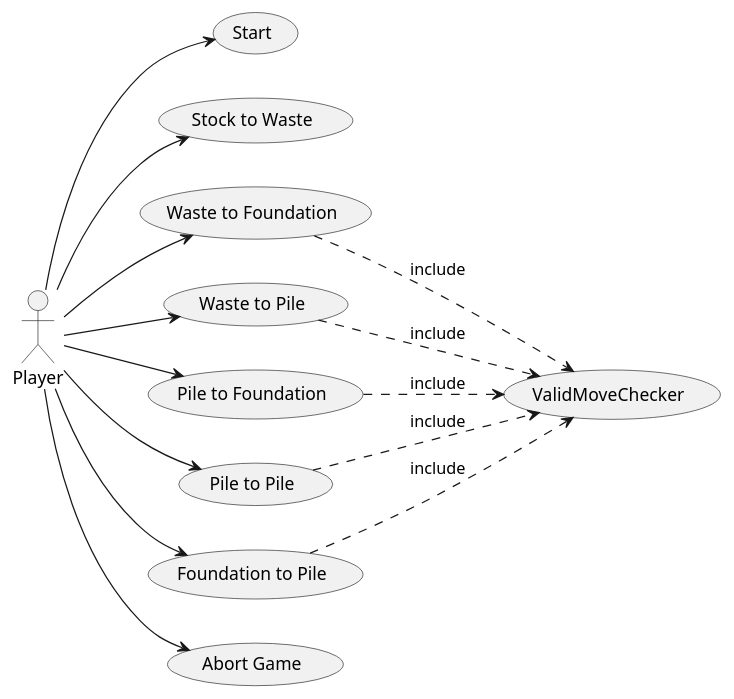
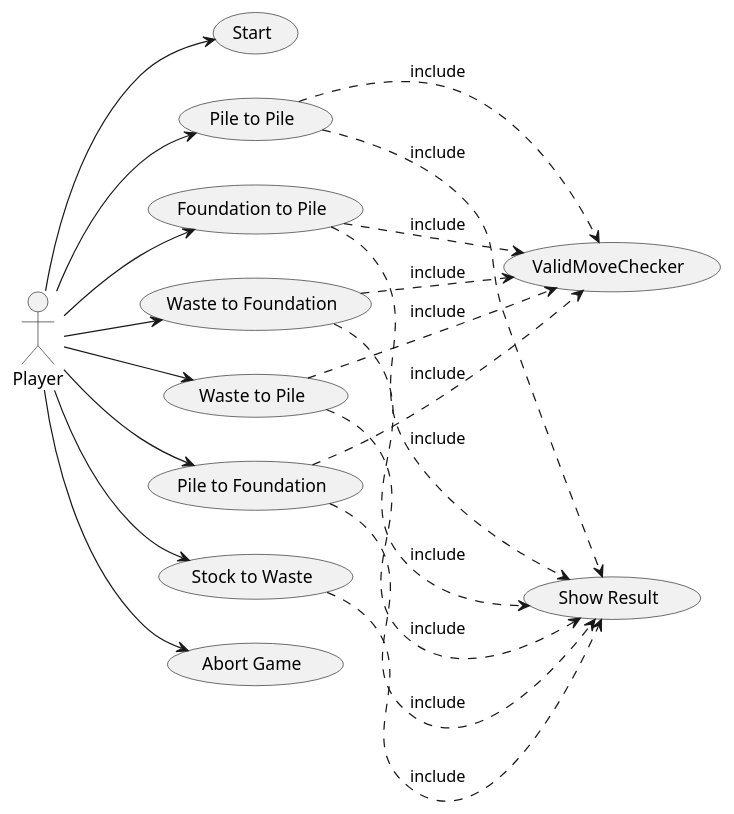
Before and after one commit to ciscoruiz/klondike: the diagram in useCaseView/usecases.puml, drawn with PlantUML.

Commit message:
Add Usecase Show Result

```diff
--- a/useCaseView/usecases.puml
+++ b/useCaseView/usecases.puml
@@ -1,30 +1,37 @@
 @startuml
 left to right direction
 
 usecase "Start" as UC0
 usecase "Stock to Waste" as UC1
 usecase "Waste to Foundation" as UC2
 usecase "Waste to Pile" as UC3
 usecase "Pile to Foundation" as UC4
 usecase "Pile to Pile" as UC5
 usecase "Foundation to Pile" as UC6
+usecase "Show Result" as UC7
 usecase "Abort Game" as UCN
 
 usecase "ValidMoveChecker" as MovementChecker
 
 Player --> UC0
 Player --> UC1
 Player --> UC2
 Player --> UC3
 Player --> UC4
 Player --> UC5
 Player --> UC6
 Player --> UCN
 
 UC2 -.> MovementChecker : include
 UC3 -.> MovementChecker : include
 UC4 -.> MovementChecker : include
 UC5 -.> MovementChecker : include
 UC6 -.> MovementChecker : include
 
+UC1 -.> UC7 : include
+UC2 -.> UC7 : include
+UC3 -.> UC7 : include
+UC4 -.> UC7 : include
+UC5 -.> UC7 : include
+UC6 -.> UC7 : include
 @enduml
```
